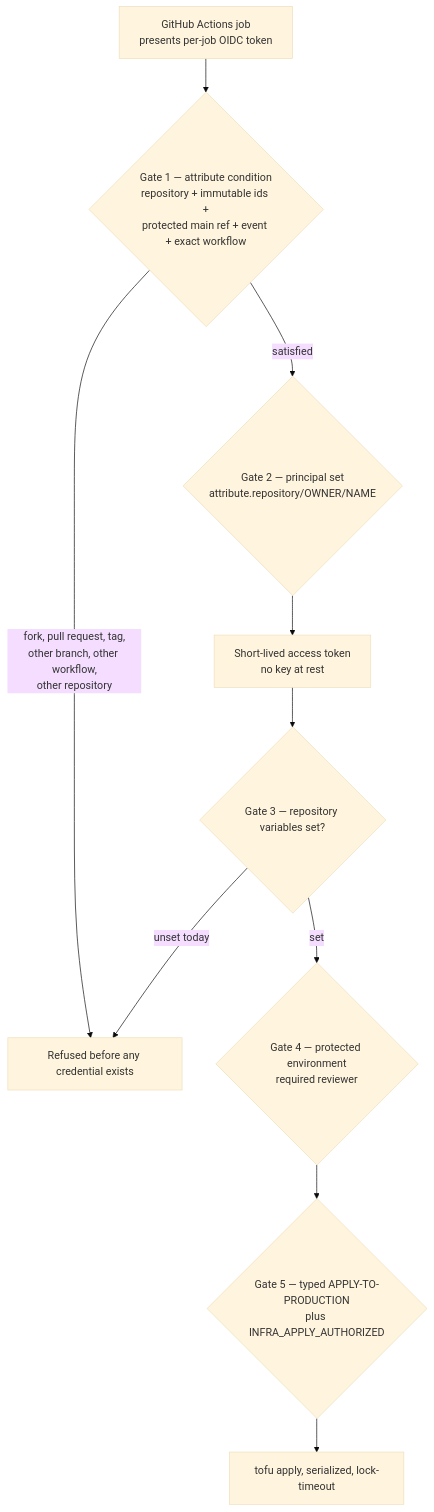
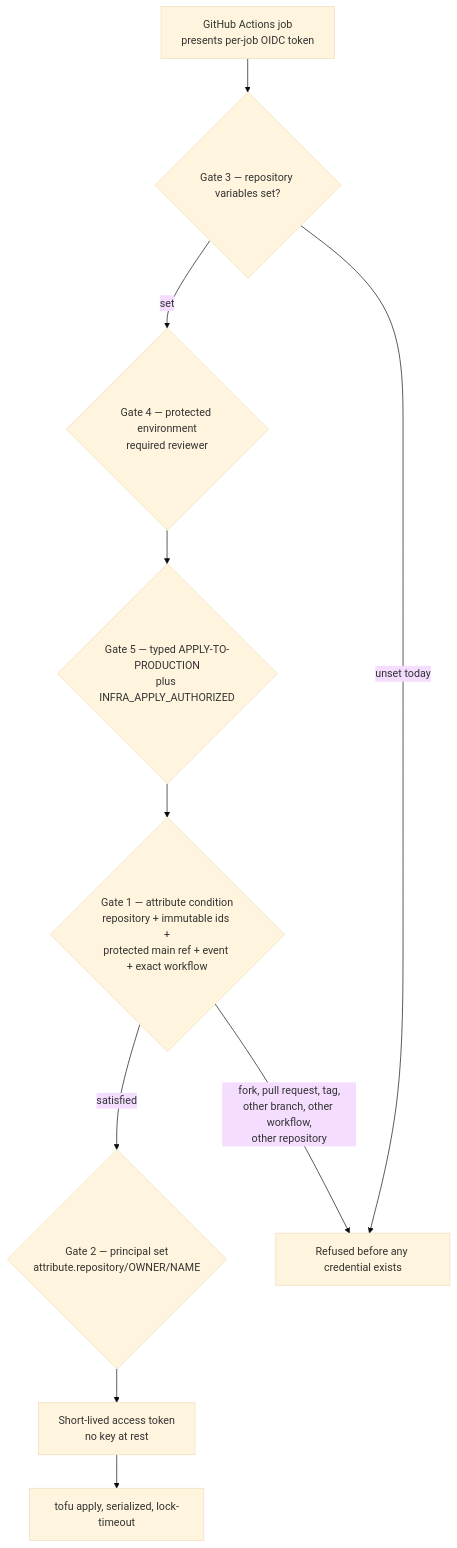
The fifth of 11 diagrams in docs/architecture/overview.md (money-noodle/money-noodle), drawn with Mermaid (base theme) before and after one commit. The commit also changed other lines of this file and 15 other files, not shown here.

````diff
--- a/docs/architecture/overview.md
+++ b/docs/architecture/overview.md
@@ -244,22 +243,22 @@
 ```mermaid
 flowchart TB
     job["GitHub Actions job<br/>presents per-job OIDC token"]
     cond{"Gate 1 — attribute condition<br/>repository + immutable ids +<br/>protected main ref + event + exact workflow"}
     pset{"Gate 2 — principal set<br/>attribute.repository/OWNER/NAME"}
     token["Short-lived access token<br/>no key at rest"]
 
     refused["Refused before any credential exists"]
 
     varGate{"Gate 3 — repository variables set?"}
     envGate{"Gate 4 — protected environment<br/>required reviewer"}
     typed{"Gate 5 — typed APPLY-TO-PRODUCTION<br/>plus INFRA_APPLY_AUTHORIZED"}
     apply["tofu apply, serialized, lock-timeout"]
 
-    job --> cond
+    job --> varGate
+    varGate -->|set| envGate --> typed --> cond
     cond -->|fork, pull request, tag,<br/>other branch, other workflow,<br/>other repository| refused
     cond -->|satisfied| pset
     pset --> token
-    token --> varGate
     varGate -->|unset today| refused
-    varGate -->|set| envGate --> typed --> apply
+    token --> apply
 ```
````
